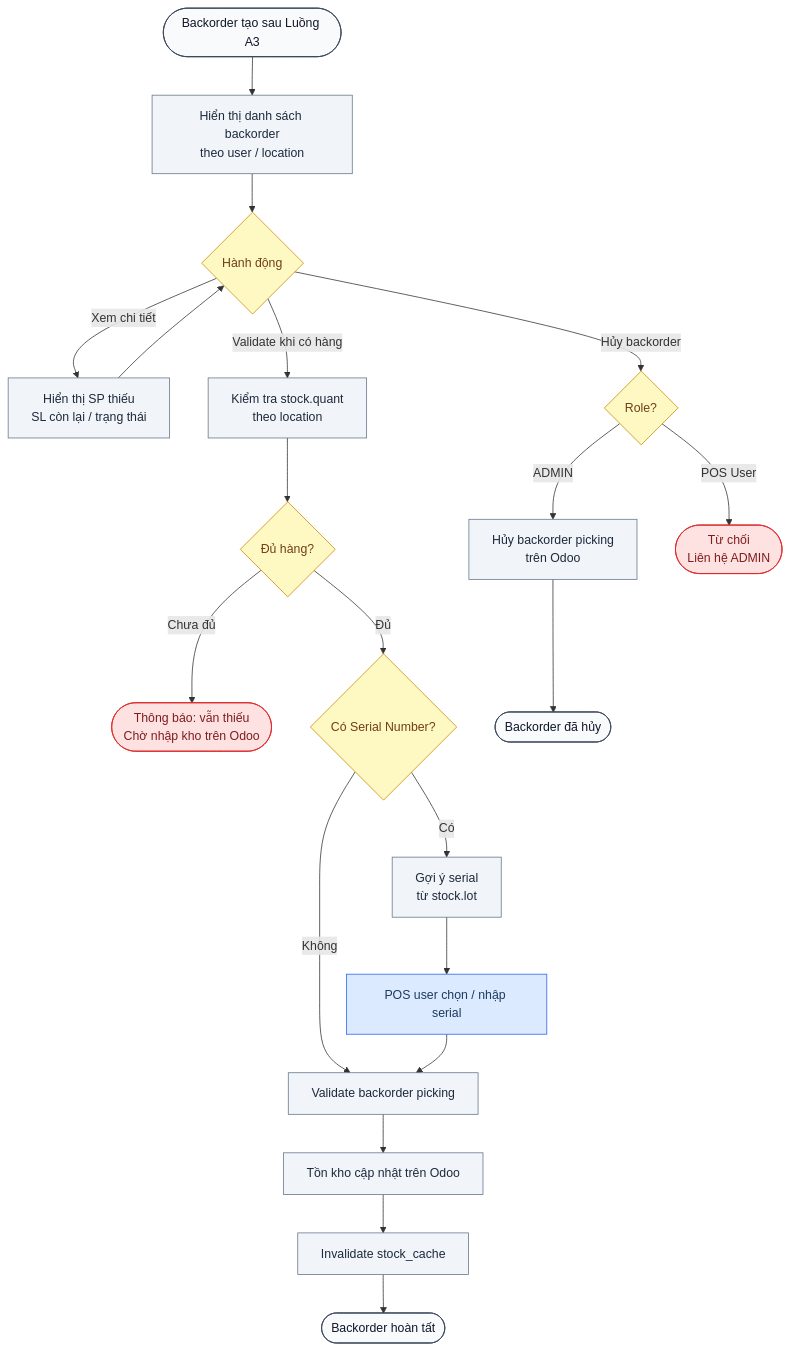
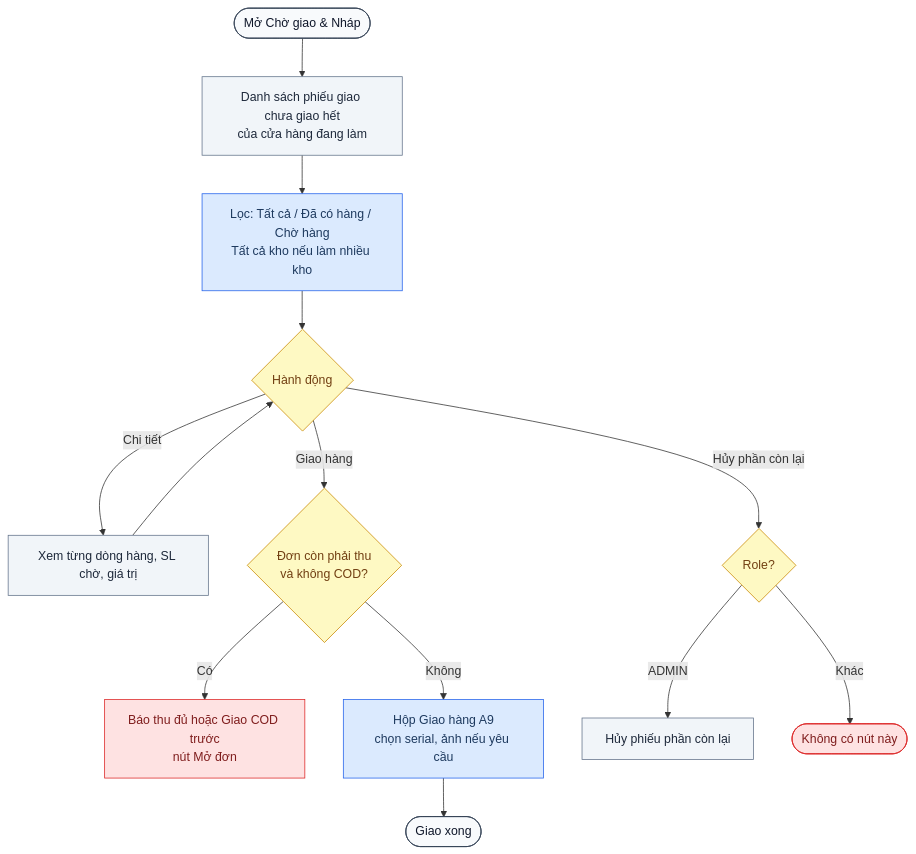
Before and after one commit to ngohuuduc/VJ_mobile_POS: the fifth of 20 diagrams in process_flow.md, drawn with Mermaid. The commit also changed other lines of this file and 1 other file, not shown here.

First line of the commit message:
docs: process_flow.md + scope.md khớp code hiện tại (đăng nhập Microsoft, VietQR/COD, Chờ giao & Nháp, khách ký, đổi hàng, Tiền đã chuyển)

````diff
--- a/process_flow.md
+++ b/process_flow.md
@@ -250,29 +338,21 @@
 ```mermaid
 flowchart TD
     classDef user fill:#DBEAFE,stroke:#2563EB,color:#1e3a5f
     classDef system fill:#F1F5F9,stroke:#64748B,color:#1e293b
-    classDef accountant fill:#CCFBF1,stroke:#0D9488,color:#134E4A
     classDef decision fill:#FEF9C3,stroke:#CA8A04,color:#713f12
     classDef terminal fill:#F8FAFC,stroke:#334155,color:#0f172a
     classDef warning fill:#FEE2E2,stroke:#DC2626,color:#7f1d1d
 
-    A([Backorder tạo sau Luồng A3]):::terminal --> B[Hiển thị danh sách backorder\ntheo user / location]:::system
-    B --> C{Hành động}:::decision
-    C -- Xem chi tiết --> D[Hiển thị SP thiếu\nSL còn lại / trạng thái]:::system
+    A([Mở Chờ giao & Nháp]):::terminal --> B[Danh sách phiếu giao chưa giao hết\ncủa cửa hàng đang làm]:::system
+    B --> F[Lọc: Tất cả / Đã có hàng / Chờ hàng\nTất cả kho nếu làm nhiều kho]:::user
+    F --> C{Hành động}:::decision
+    C -- Chi tiết --> D[Xem từng dòng hàng, SL chờ, giá trị]:::system
     D --> C
-    C -- Validate khi có hàng --> E[Kiểm tra stock.quant\ntheo location]:::system
-    E --> F{Đủ hàng?}:::decision
-    F -- Chưa đủ --> G([Thông báo: vẫn thiếu\nChờ nhập kho trên Odoo]):::warning
-    F -- Đủ --> H{Có Serial Number?}:::decision
-    H -- Không --> I[Validate backorder picking]:::system
-    H -- Có --> J[Gợi ý serial\ntừ stock.lot]:::system
-    J --> K[POS user chọn / nhập serial]:::user
-    K --> I
-    I --> L[Tồn kho cập nhật trên Odoo]:::system
-    L --> M[Invalidate stock_cache]:::system
-    M --> N([Backorder hoàn tất]):::terminal
-    C -- Hủy backorder --> O{Role?}:::decision
-    O -- ADMIN --> P[Hủy backorder picking\ntrên Odoo]:::system
-    P --> Q([Backorder đã hủy]):::terminal
-    O -- POS User --> R([Từ chối\nLiên hệ ADMIN]):::warning
+    C -- Giao hàng --> E{Đơn còn phải thu\nvà không COD?}:::decision
+    E -- Có --> G[Báo thu đủ hoặc Giao COD trước\nnút Mở đơn]:::warning
+    E -- Không --> H[Hộp Giao hàng A9\nchọn serial, ảnh nếu yêu cầu]:::user
+    H --> I([Giao xong]):::terminal
+    C -- Hủy phần còn lại --> O{Role?}:::decision
+    O -- ADMIN --> P[Hủy phiếu phần còn lại]:::system
+    O -- Khác --> R([Không có nút này]):::warning
 ```
````
